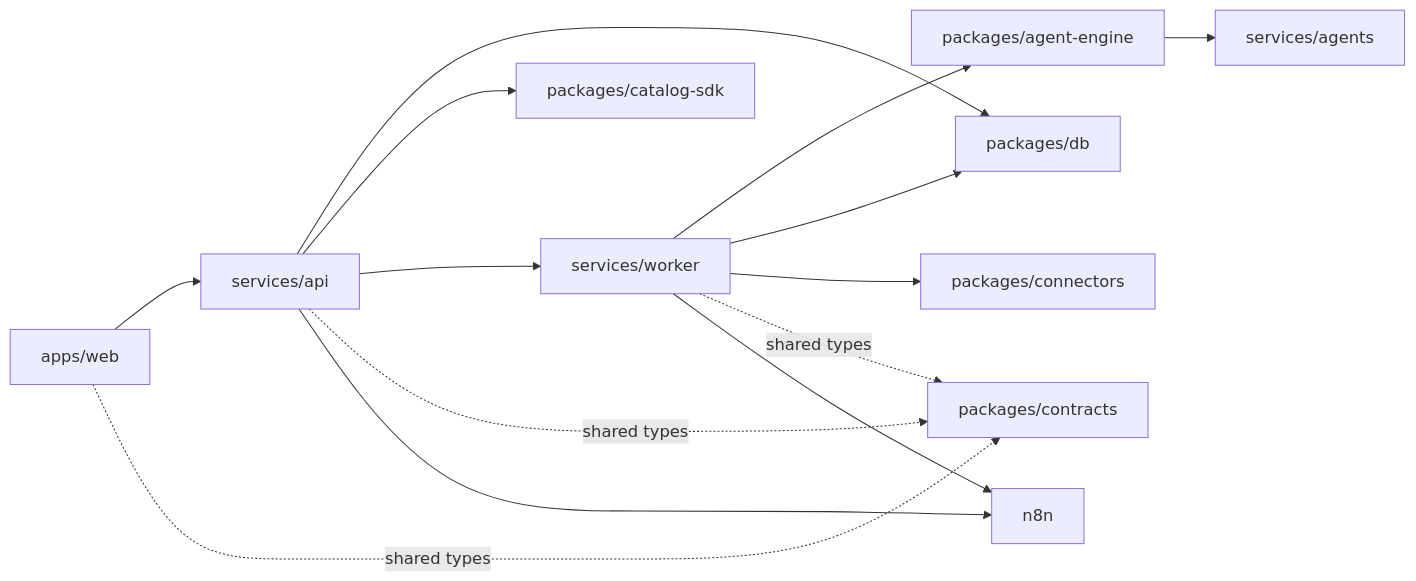
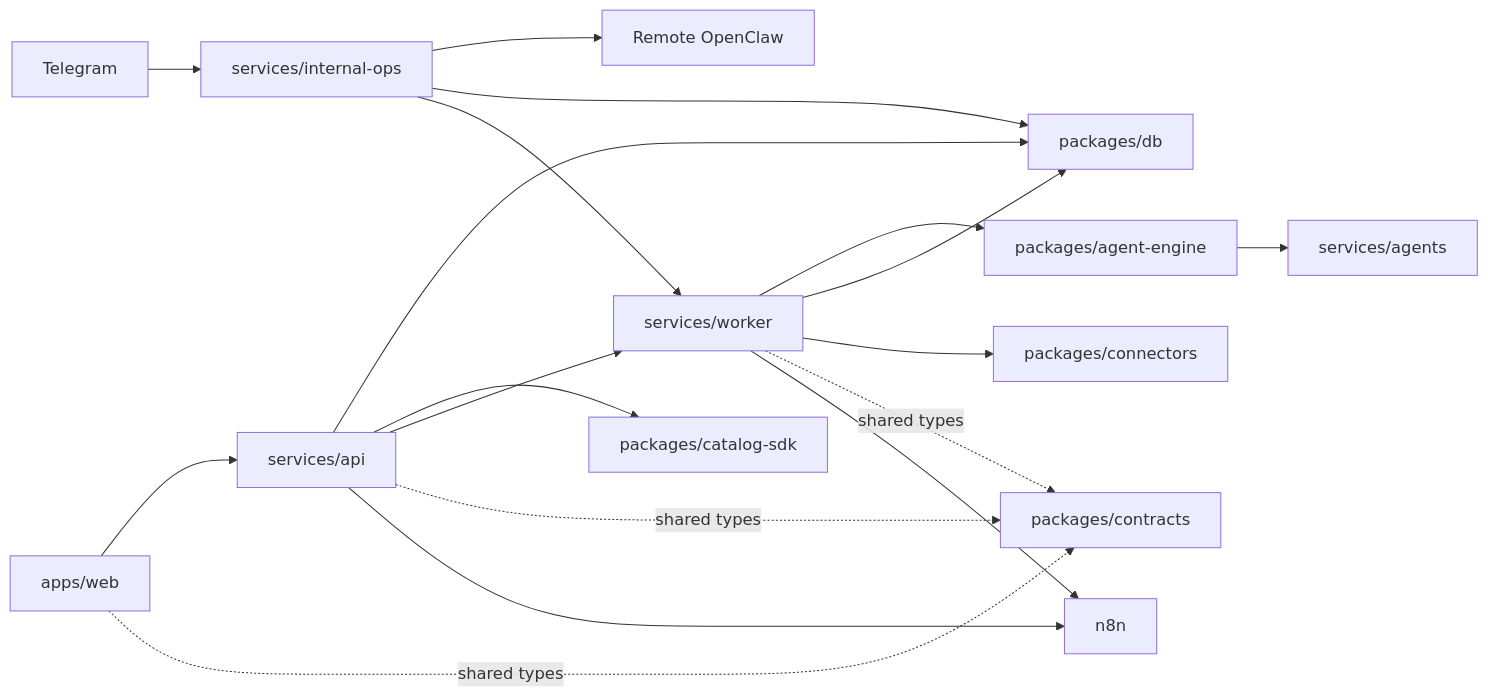
One commit to agentmou/agentmou-platform changed the diagram in docs/repo-map.md. Above: the diagram before and after it, drawn with Mermaid. The commit also changed other lines of this file and 16 other files, not shown here.

First line of the commit message:
docs: document internal ops personal operating system

````diff
--- a/docs/repo-map.md
+++ b/docs/repo-map.md
@@ -79,27 +86,34 @@
 ```mermaid
 flowchart LR
   web["apps/web"]
   api["services/api"]
+  internalOps["services/internal-ops"]
+  telegram["Telegram"]
+  openclaw["Remote OpenClaw"]
   worker["services/worker"]
   agents["services/agents"]
   engine["packages/agent-engine"]
   db["packages/db"]
   contracts["packages/contracts"]
   catalogSdk["packages/catalog-sdk"]
   connectors["packages/connectors"]
   n8n["n8n"]
 
   web --> api
+  telegram --> internalOps
+  internalOps --> openclaw
+  internalOps --> db
+  internalOps --> worker
   api --> db
   api --> catalogSdk
   api --> worker
   worker --> engine
   worker --> db
   worker --> connectors
   engine --> agents
   api -. shared types .-> contracts
   worker -. shared types .-> contracts
   web -. shared types .-> contracts
   api --> n8n
   worker --> n8n
 ```
````
